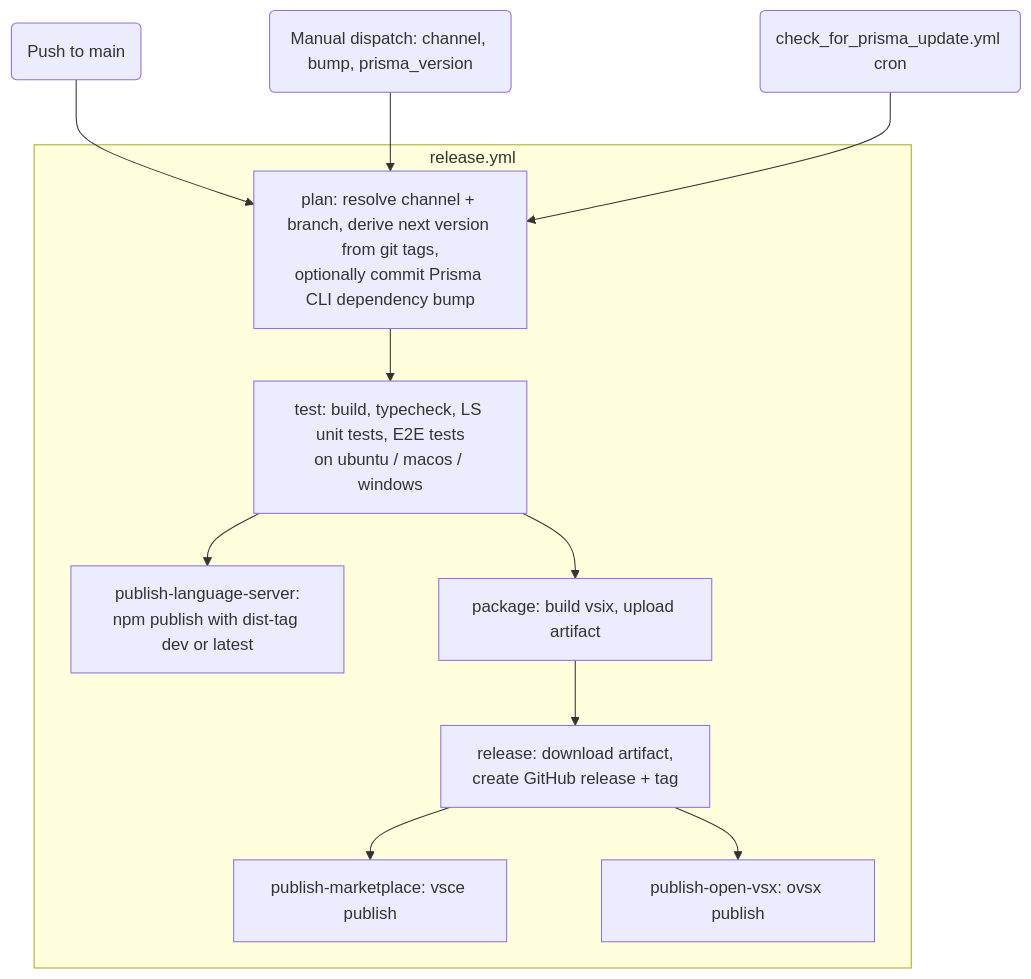
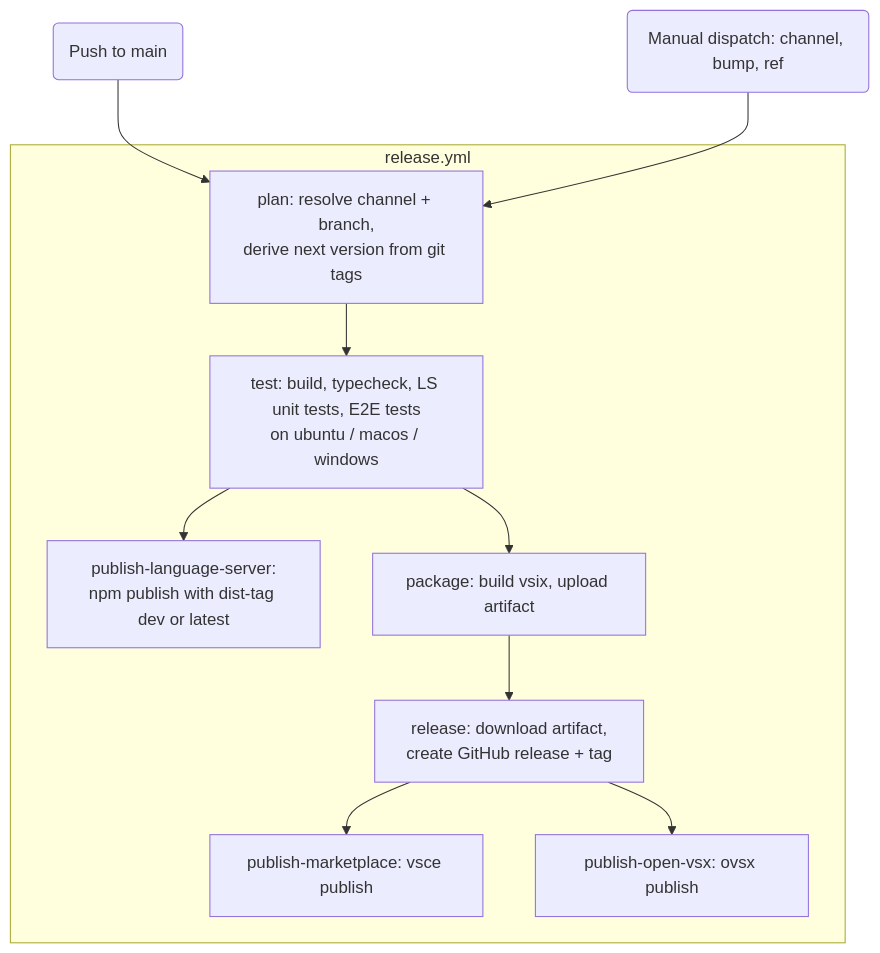
Before and after one commit to prisma/language-tools: the diagram in docs/ci-cd.md, drawn with Mermaid. The commit also changed other lines of this file and 10 other files, not shown here.

First line of the commit message:
Release from main and split Prisma CLI bumps into their own workflow (#1996)

````diff
--- a/docs/ci-cd.md
+++ b/docs/ci-cd.md
@@ -22,16 +27,15 @@
 ```mermaid
 graph TD
     PUSH(Push to main) --> PLAN
-    MANUAL(Manual dispatch: channel, bump, prisma_version) --> PLAN
-    CRON(check_for_prisma_update.yml cron) --> PLAN
+    MANUAL(Manual dispatch: channel, bump, ref) --> PLAN
 
     subgraph release.yml
-      PLAN[plan: resolve channel + branch, derive next version from git tags,<br>optionally commit Prisma CLI dependency bump]
+      PLAN[plan: resolve channel + branch,<br>derive next version from git tags]
       PLAN --> TEST[test: build, typecheck, LS unit tests, E2E tests<br>on ubuntu / macos / windows]
       TEST --> LS[publish-language-server:<br>npm publish with dist-tag dev or latest]
       TEST --> PKG[package: build vsix, upload artifact]
       PKG --> REL[release: download artifact,<br>create GitHub release + tag]
       REL --> MKT[publish-marketplace: vsce publish]
       REL --> OVSX[publish-open-vsx: ovsx publish]
     end
 ```
````
